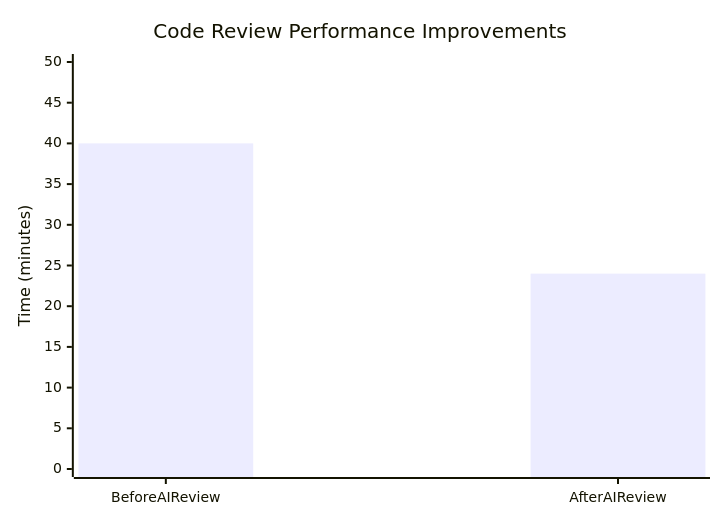
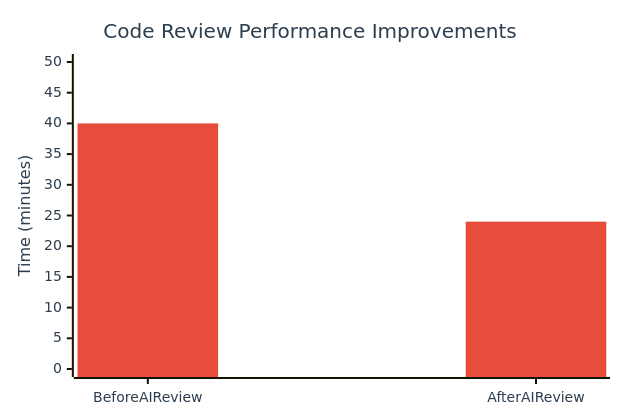
The fourth of 20 diagrams in README.md (PriscillaOng12/AI-Code-Review-Squad), drawn with Mermaid before and after one commit. The commit also changed other lines of this file, not shown here.

````diff
--- a/README.md
+++ b/README.md
@@ -134,7 +156,8 @@
 ```mermaid
+%%{init: {'xyChart': {'width': 600, 'height': 400}, 'themeVariables': {'xyChart': {'backgroundColor': '#ffffff', 'titleColor': '#2c3e50', 'xAxisTitleColor': '#2c3e50', 'yAxisTitleColor': '#2c3e50', 'xAxisLabelColor': '#2c3e50', 'yAxisLabelColor': '#2c3e50', 'plotColorPalette': '#e74c3c, #27ae60'}}}}%%
 xychart-beta
     title "Code Review Performance Improvements"
     x-axis [Before AI Review, After AI Review]
     y-axis "Time (minutes)" 0 --> 50
     bar [40, 24]
 ```
````
